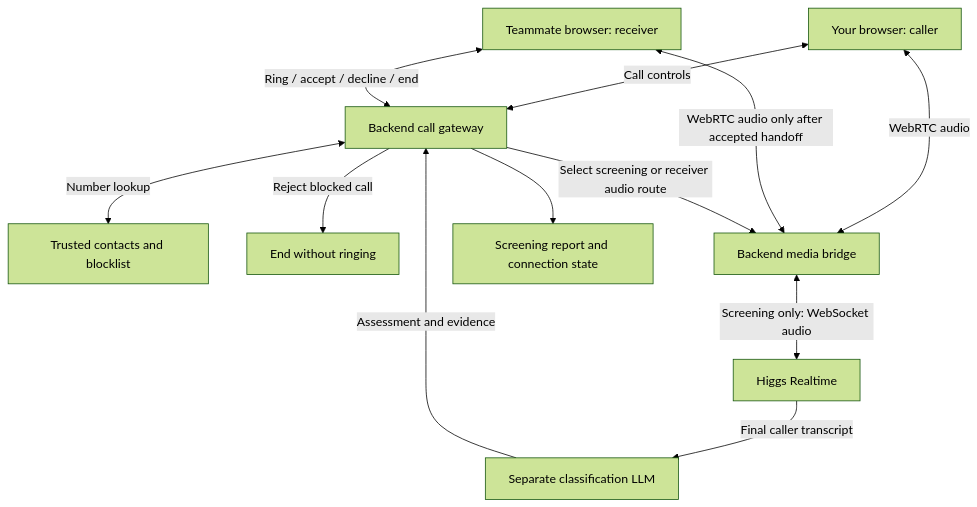
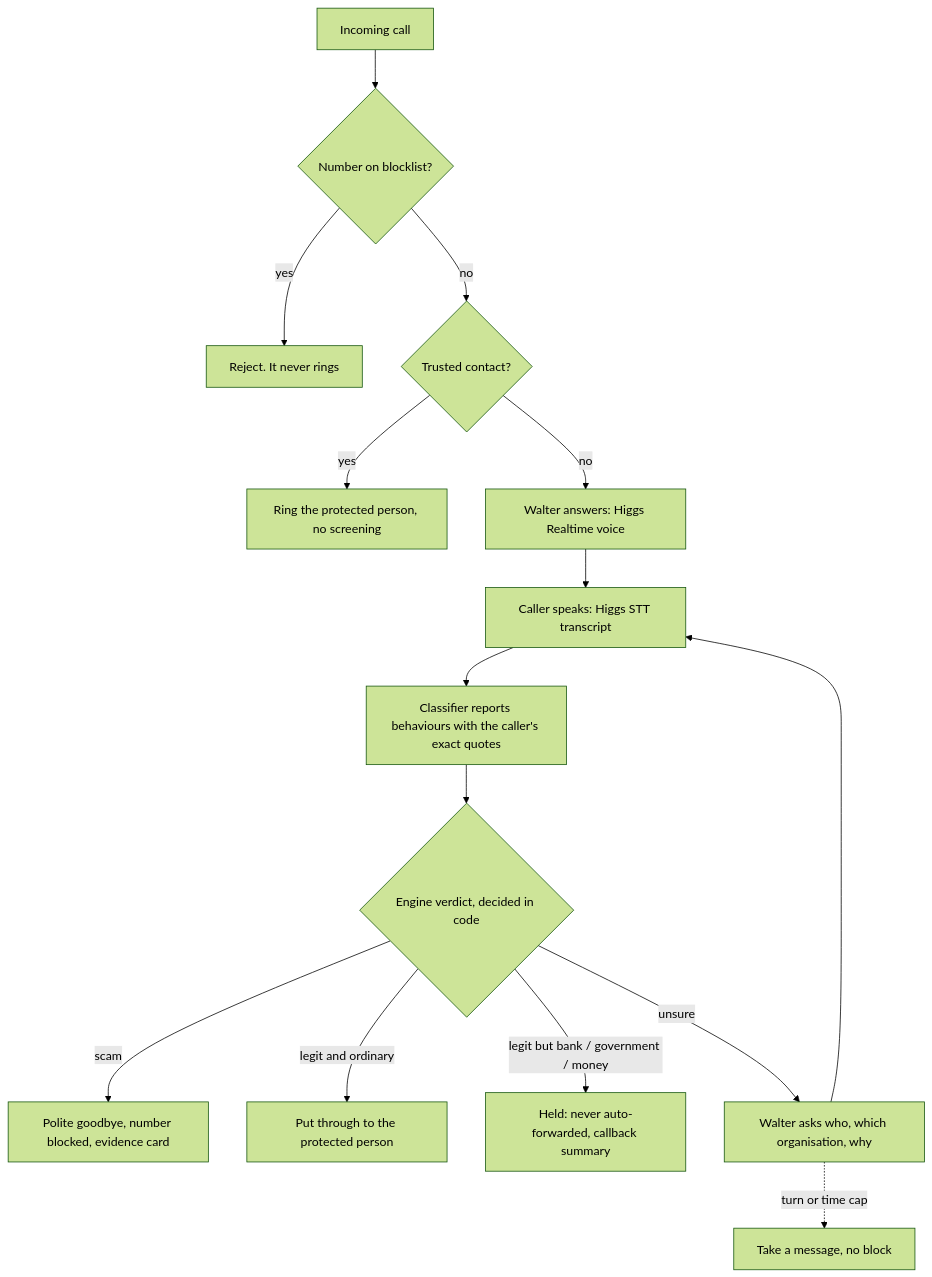
The diagram in README.md (AlexanderMenassa/BosonAI-Hackathon), drawn with Mermaid (forest theme) before and after one commit. The commit also changed other lines of this file, not shown here.

````diff
--- a/README.md
+++ b/README.md
@@ -46,14 +11,17 @@
 ```mermaid
 flowchart TD
-    Caller[Your browser: caller] <-->|Call controls| Gateway[Backend call gateway]
-    Receiver[Teammate browser: receiver] <-->|Ring / accept / decline / end| Gateway
-    Gateway <-->|Number lookup| Store[Trusted contacts and blocklist]
-    Gateway -->|Reject blocked call| End[End without ringing]
-    Caller <-->|WebRTC audio| Bridge[Backend media bridge]
-    Receiver <-->|WebRTC audio only after accepted handoff| Bridge
-    Gateway -->|Select screening or receiver audio route| Bridge
-    Bridge <-->|Screening only: WebSocket audio| Higgs[Higgs Realtime]
-    Higgs -->|Final caller transcript| Classifier[Separate classification LLM]
-    Classifier -->|Assessment and evidence| Gateway
-    Gateway --> Dashboard[Screening report and connection state]
+    A[Incoming call] --> B{Number on blocklist?}
+    B -->|yes| R[Reject. It never rings]
+    B -->|no| C{Trusted contact?}
+    C -->|yes| F[Ring the protected person, no screening]
+    C -->|no| W[Walter answers: Higgs Realtime voice]
+    W --> T[Caller speaks: Higgs STT transcript]
+    T --> K[Classifier reports behaviours with the caller's exact quotes]
+    K --> V{Engine verdict, decided in code}
+    V -->|scam| S[Polite goodbye, number blocked, evidence card]
+    V -->|legit and ordinary| H[Put through to the protected person]
+    V -->|legit but bank / government / money| HD[Held: never auto-forwarded, callback summary]
+    V -->|unsure| Q[Walter asks who, which organisation, why]
+    Q --> T
+    Q -.->|turn or time cap| M[Take a message, no block]
 ```
````
